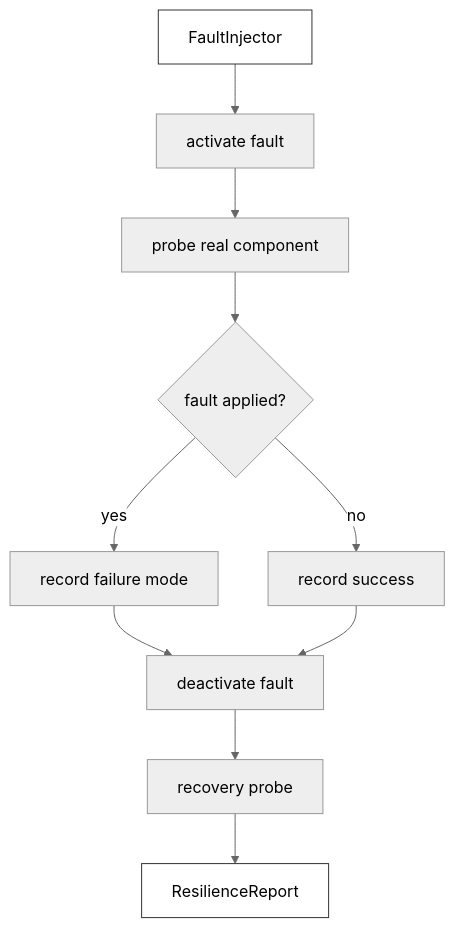
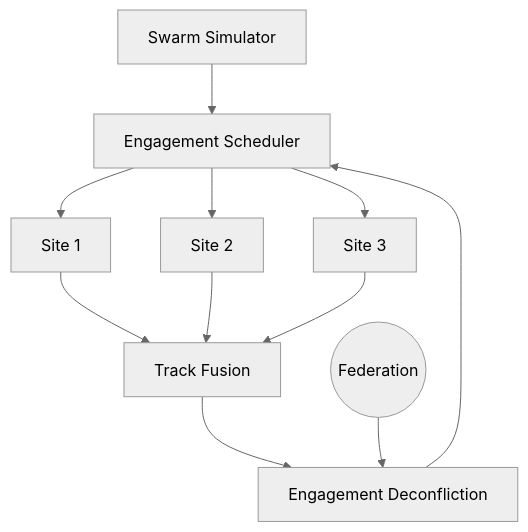
One commit to AAH20/Apex_C-UAS changed the second of 3 diagrams in README.md. Above: the diagram before and after it, drawn with Mermaid (neutral theme). The commit also changed other lines of this file and 51 other files, not shown here.

````diff
--- a/README.md
+++ b/README.md
@@ -1113,14 +49,13 @@
 ```mermaid
 flowchart TD
-    A[FaultInjector] --> B[activate fault]
-    B --> C[probe real component]
-    C --> D{fault applied?}
-    D -->|yes| E[record failure mode]
-    D -->|no| F[record success]
-    E --> G[deactivate fault]
-    F --> G
-    G --> H[recovery probe]
-    H --> I[ResilienceReport]
-    style A fill:none,stroke:#333
-    style I fill:none,stroke:#333
+    Swarm[Swarm Simulator] --> Scheduler[Engagement Scheduler]
+    Site1[Site 1] --> Fusion[Track Fusion]
+    Site2[Site 2] --> Fusion
+    Site3[Site 3] --> Fusion
+    Fusion --> Deconflict[Engagement Deconfliction]
+    Deconflict --> Scheduler
+    Scheduler --> Site1
+    Scheduler --> Site2
+    Scheduler --> Site3
+    Fed((Federation)) --> Deconflict
 ```
````
